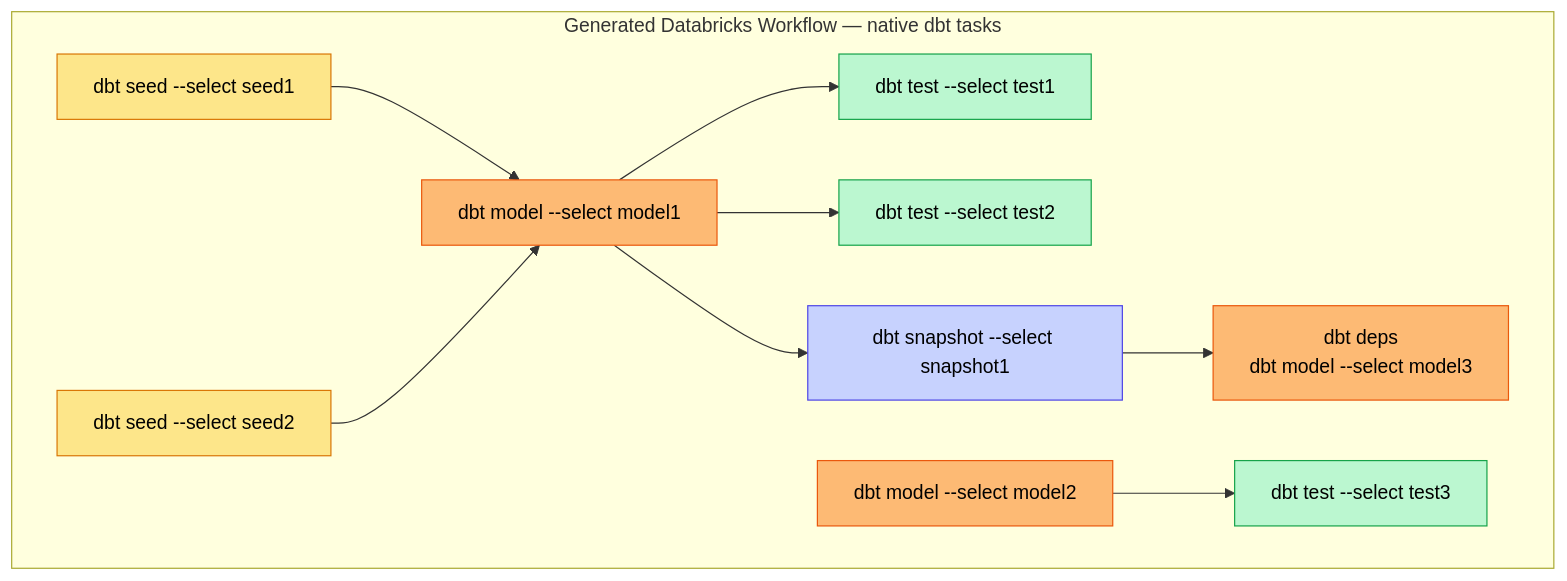
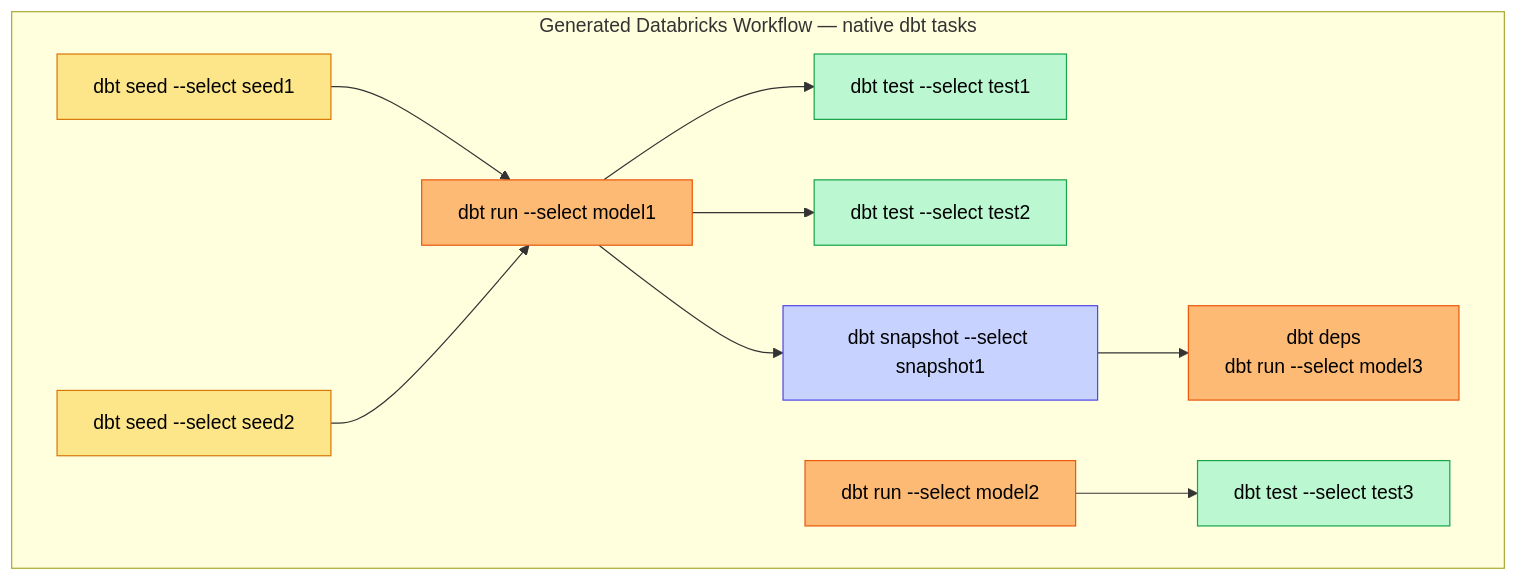
One commit to mwojtyczka/databricks-dbt-factory changed the third of 4 diagrams in README.md. Above: the diagram before and after it, drawn with Mermaid. The commit also changed other lines of this file and 20 other files, not shown here.

````diff
--- a/README.md
+++ b/README.md
@@ -96,23 +96,23 @@
 ```mermaid
 flowchart LR
     subgraph workflow["Generated Databricks Workflow — native dbt tasks"]
         direction LR
-        seed1["dbt seed --select seed1"] --> model1["dbt model --select model1"]
+        seed1["dbt seed --select seed1"] --> model1["dbt run --select model1"]
         seed2["dbt seed --select seed2"] --> model1
         model1 --> test1["dbt test --select test1"]
         model1 --> test2["dbt test --select test2"]
         model1 --> snap1["dbt snapshot --select snapshot1"]
-        snap1 --> model3["dbt deps<br/>dbt model --select model3"]
-        model2["dbt model --select model2"] --> test3["dbt test --select test3"]
+        snap1 --> model3["dbt deps<br/>dbt run --select model3"]
+        model2["dbt run --select model2"] --> test3["dbt test --select test3"]
     end
 
     classDef seed fill:#fde68a,stroke:#d97706,color:#000
     classDef model fill:#fdba74,stroke:#ea580c,color:#000
     classDef test fill:#bbf7d0,stroke:#16a34a,color:#000
     classDef snapshot fill:#c7d2fe,stroke:#4f46e5,color:#000
 
     class seed1,seed2 seed
     class model1,model2,model3 model
     class test1,test2,test3 test
     class snap1 snapshot
 ```
````
